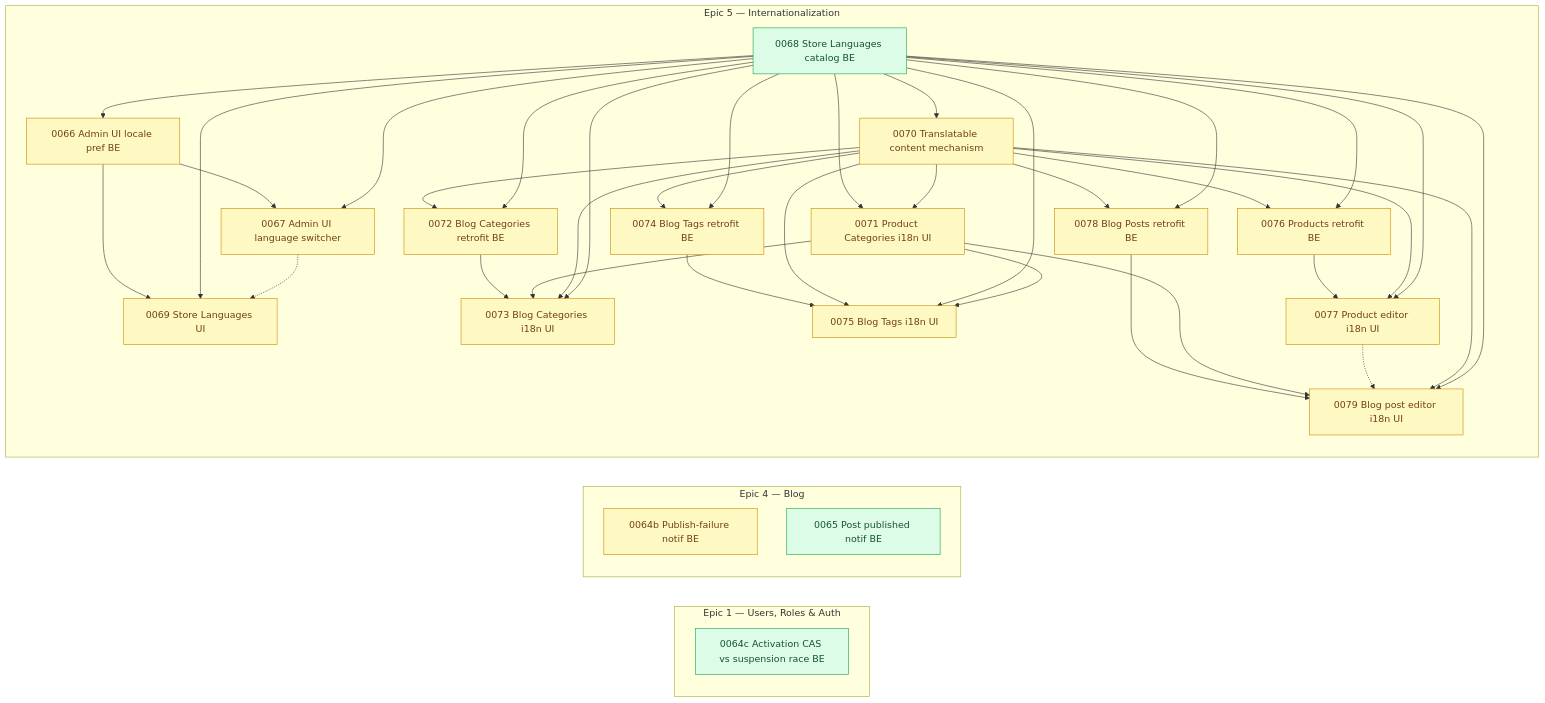
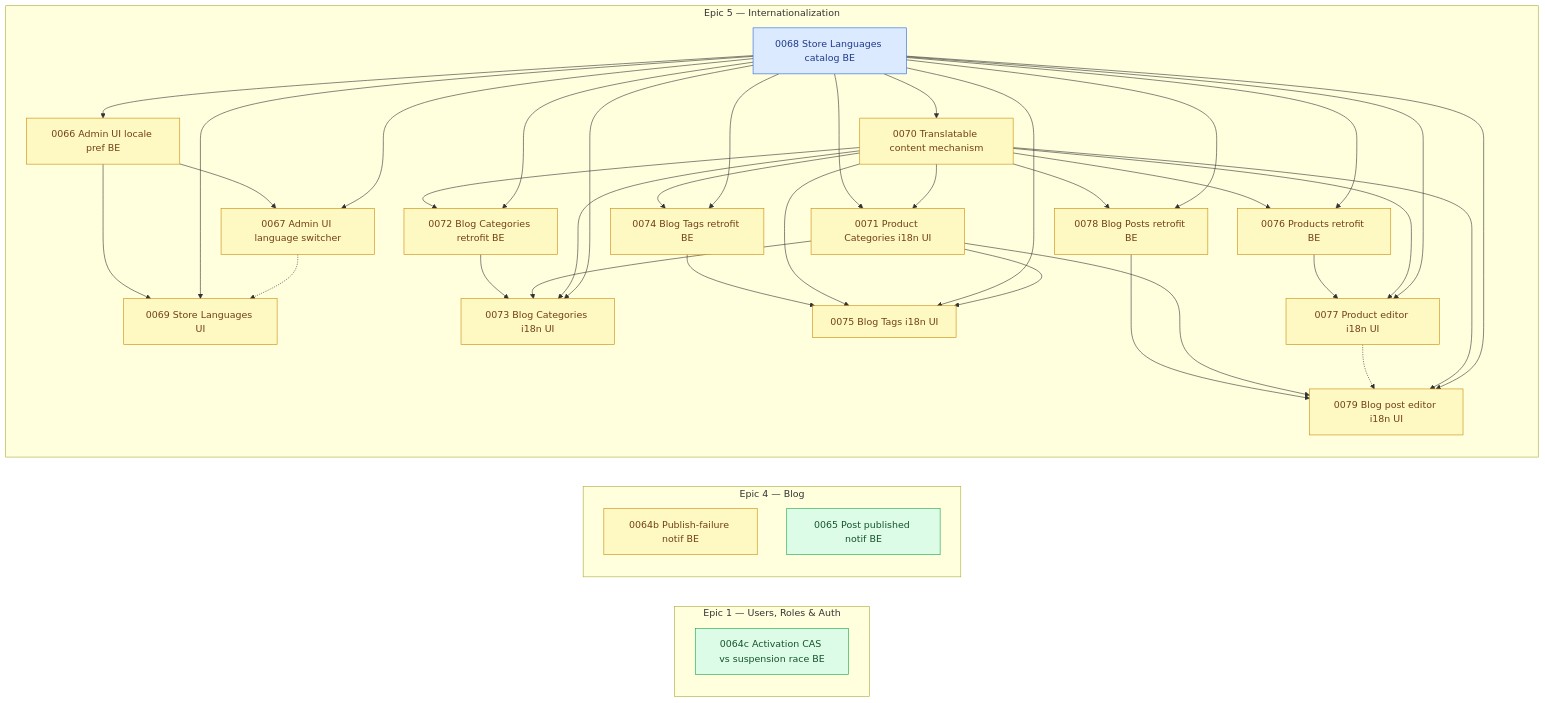
Before and after one commit to shojen/AI4Devs-finalproject: the diagram in arospe/ai-spec/tasks-map.md, drawn with Mermaid. The commit also changed other lines of this file and 15 other files, not shown here.

````diff
--- a/arospe/ai-spec/tasks-map.md
+++ b/arospe/ai-spec/tasks-map.md
@@ -372,5 +374,6 @@
     P0068 --> P0079
 
     class P0064b,P0066,P0067,P0069,P0070,P0071,P0072,P0073,P0074,P0075,P0076,P0077,P0078,P0079 pending;
-    class P0064c,P0065,P0068 ready;
+    class P0064c,P0065 ready;
+    class P0068 claimed;
 ```
````
